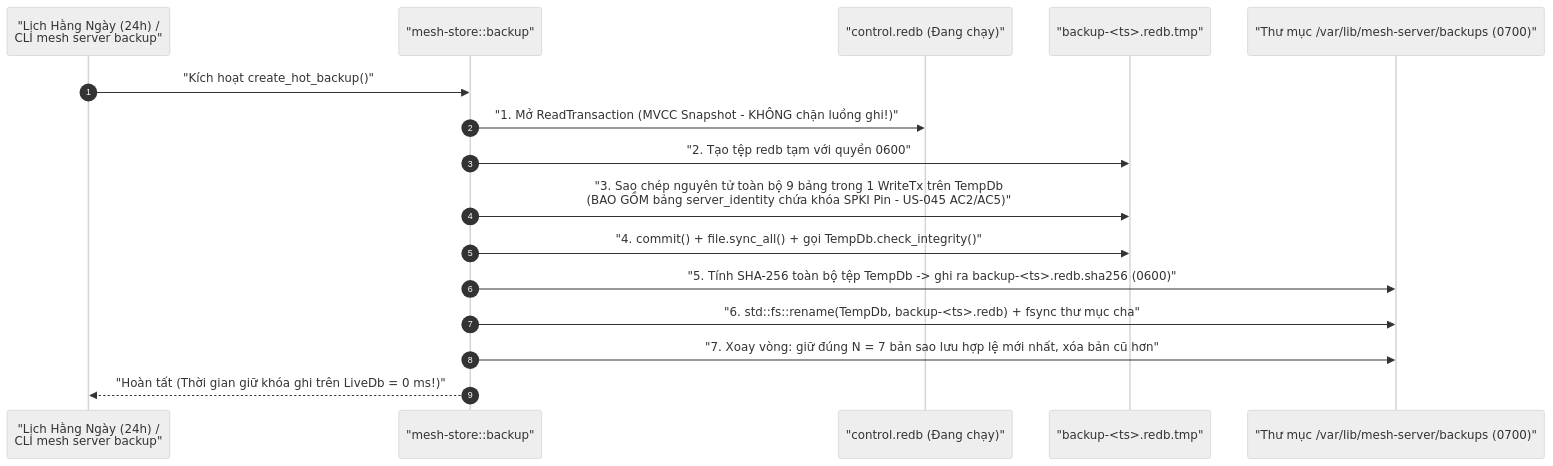
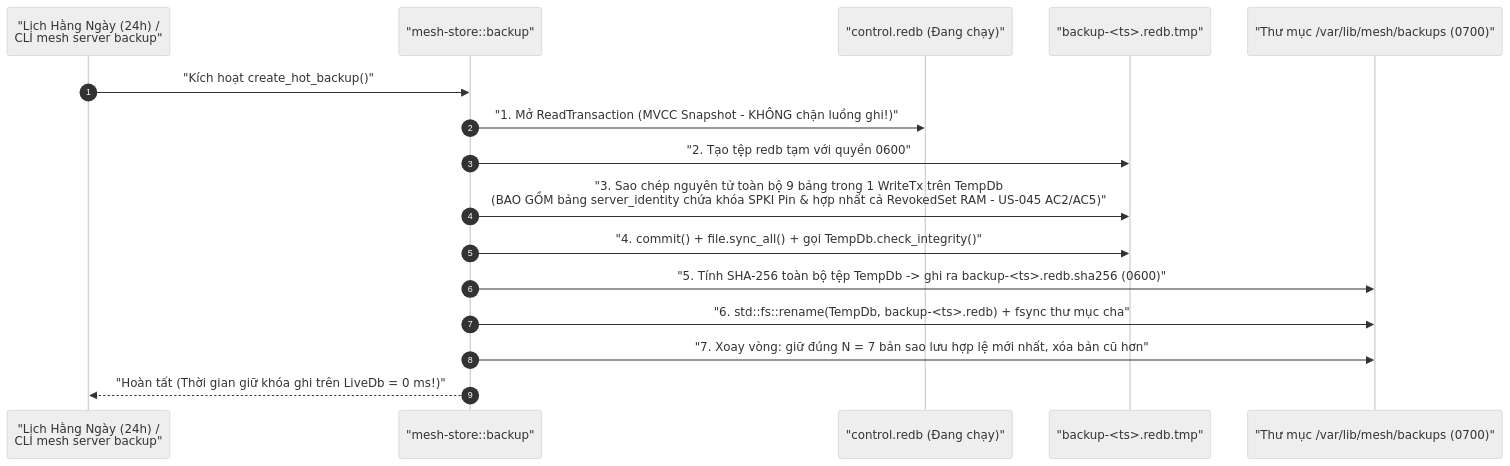
One commit to nguyenvando420-spec/mesh-vpn changed the second of 2 diagrams in docs/03-system-design/database-design.md. Above: the diagram before and after it, drawn with Mermaid (neutral theme). The commit also changed other lines of this file and 14 other files, not shown here.

````diff
--- a/docs/03-system-design/database-design.md
+++ b/docs/03-system-design/database-design.md
@@ -486,19 +592,19 @@
 ```mermaid
 sequenceDiagram
     autonumber
     participant TimerOrAdmin as "Lịch Hằng Ngày (24h) /<br/>CLI mesh server backup"
     participant BackupMgr as "mesh-store::backup"
     participant LiveDb as "control.redb (Đang chạy)"
     participant TempDb as "backup-<ts>.redb.tmp"
-    participant Disk as "Thư mục /var/lib/mesh-server/backups (0700)"
+    participant Disk as "Thư mục /var/lib/mesh/backups (0700)"
 
     TimerOrAdmin->>BackupMgr: "Kích hoạt create_hot_backup()"
     BackupMgr->>LiveDb: "1. Mở ReadTransaction (MVCC Snapshot - KHÔNG chặn luồng ghi!)"
     BackupMgr->>TempDb: "2. Tạo tệp redb tạm với quyền 0600"
-    BackupMgr->>TempDb: "3. Sao chép nguyên tử toàn bộ 9 bảng trong 1 WriteTx trên TempDb<br/>(BAO GỒM bảng server_identity chứa khóa SPKI Pin - US-045 AC2/AC5)"
+    BackupMgr->>TempDb: "3. Sao chép nguyên tử toàn bộ 9 bảng trong 1 WriteTx trên TempDb<br/>(BAO GỒM bảng server_identity chứa khóa SPKI Pin & hợp nhất cả RevokedSet RAM - US-045 AC2/AC5)"
     BackupMgr->>TempDb: "4. commit() + file.sync_all() + gọi TempDb.check_integrity()"
     BackupMgr->>Disk: "5. Tính SHA-256 toàn bộ tệp TempDb -> ghi ra backup-<ts>.redb.sha256 (0600)"
     BackupMgr->>Disk: "6. std::fs::rename(TempDb, backup-<ts>.redb) + fsync thư mục cha"
     BackupMgr->>Disk: "7. Xoay vòng: giữ đúng N = 7 bản sao lưu hợp lệ mới nhất, xóa bản cũ hơn"
     BackupMgr-->>TimerOrAdmin: "Hoàn tất (Thời gian giữ khóa ghi trên LiveDb = 0 ms!)"
 ```
````
